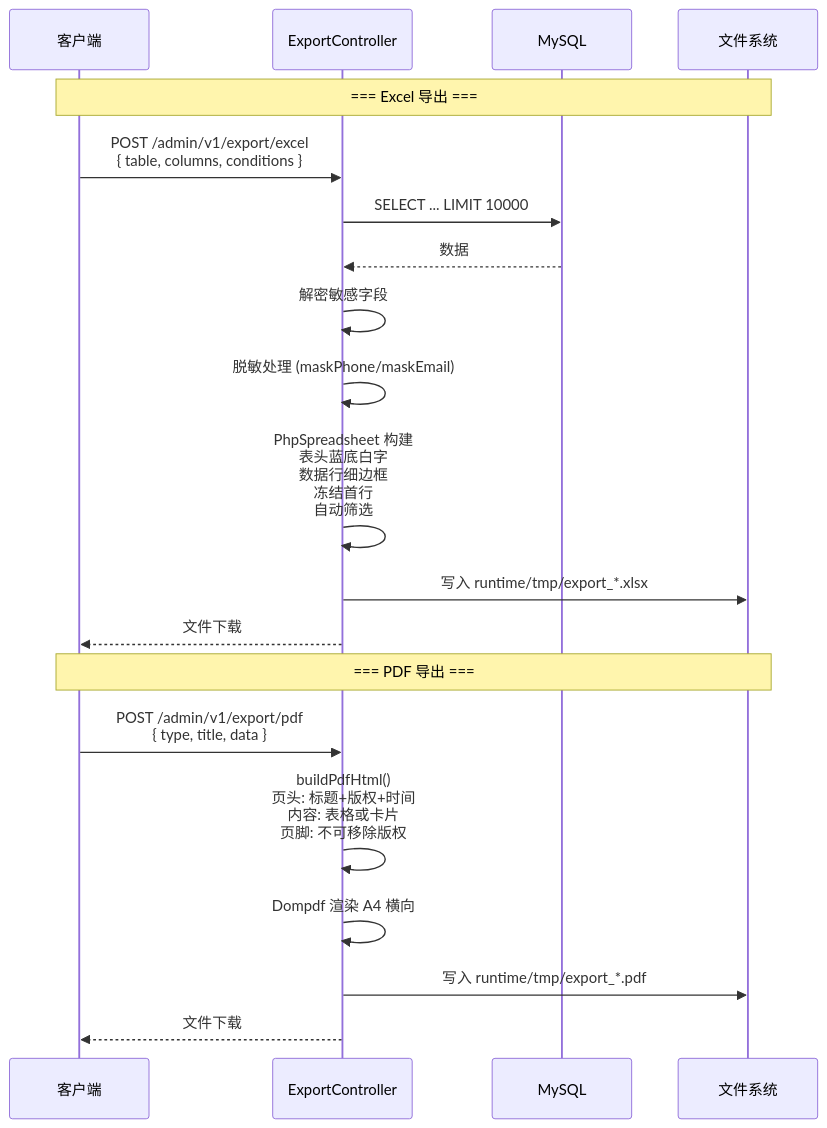
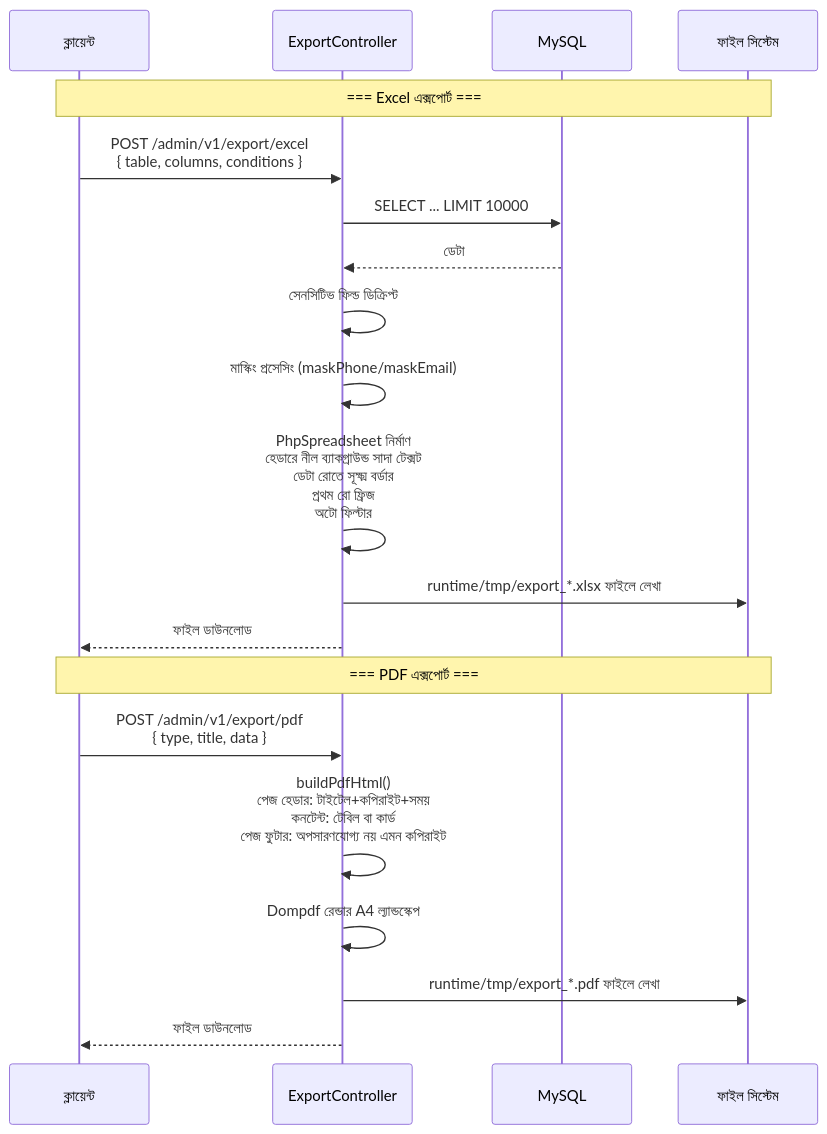
Before and after one commit to erikwang2013/game-platform-php: the tenth of 14 diagrams in admin/docs/ARCHITECTURE.bn.md, drawn with Mermaid. The commit also changed other lines of this file and 211 other files, not shown here.

First line of the commit message:
fix: 支付配置读回类型根治、提现事件对账巡检，12 语族 mermaid 与 API 标签本地化

````diff
--- a/admin/docs/ARCHITECTURE.bn.md
+++ b/admin/docs/ARCHITECTURE.bn.md
@@ -520,24 +520,24 @@
 ```mermaid
 sequenceDiagram
-    participant C as 客户端
+    participant C as ক্লায়েন্ট
     participant CTL as ExportController
     participant DB as MySQL
-    participant FS as 文件系统
+    participant FS as ফাইল সিস্টেম
 
-    Note over C,FS: === Excel 导出 ===
+    Note over C,FS: === Excel এক্সপোর্ট ===
     C->>CTL: POST /admin/v1/export/excel<br/>{ table, columns, conditions }
     CTL->>DB: SELECT ... LIMIT 10000
-    DB-->>CTL: 数据
-    CTL->>CTL: 解密敏感字段
-    CTL->>CTL: 脱敏处理 (maskPhone/maskEmail)
-    CTL->>CTL: PhpSpreadsheet 构建<br/>表头蓝底白字<br/>数据行细边框<br/>冻结首行<br/>自动筛选
-    CTL->>FS: 写入 runtime/tmp/export_*.xlsx
-    CTL-->>C: 文件下载
+    DB-->>CTL: ডেটা
+    CTL->>CTL: সেনসিটিভ ফিল্ড ডিক্রিপ্ট
+    CTL->>CTL: মাস্কিং প্রসেসিং (maskPhone/maskEmail)
+    CTL->>CTL: PhpSpreadsheet নির্মাণ<br/>হেডারে নীল ব্যাকগ্রাউন্ড সাদা টেক্সট<br/>ডেটা রোতে সূক্ষ্ম বর্ডার<br/>প্রথম রো ফ্রিজ<br/>অটো ফিল্টার
+    CTL->>FS: runtime/tmp/export_*.xlsx ফাইলে লেখা
+    CTL-->>C: ফাইল ডাউনলোড
 
-    Note over C,FS: === PDF 导出 ===
+    Note over C,FS: === PDF এক্সপোর্ট ===
     C->>CTL: POST /admin/v1/export/pdf<br/>{ type, title, data }
-    CTL->>CTL: buildPdfHtml()<br/>页头: 标题+版权+时间<br/>内容: 表格或卡片<br/>页脚: 不可移除版权
-    CTL->>CTL: Dompdf 渲染 A4 横向
-    CTL->>FS: 写入 runtime/tmp/export_*.pdf
-    CTL-->>C: 文件下载
+    CTL->>CTL: buildPdfHtml()<br/>পেজ হেডার: টাইটেল+কপিরাইট+সময়<br/>কনটেন্ট: টেবিল বা কার্ড<br/>পেজ ফুটার: অপসারণযোগ্য নয় এমন কপিরাইট
+    CTL->>CTL: Dompdf রেন্ডার A4 ল্যান্ডস্কেপ
+    CTL->>FS: runtime/tmp/export_*.pdf ফাইলে লেখা
+    CTL-->>C: ফাইল ডাউনলোড
 ```
````
